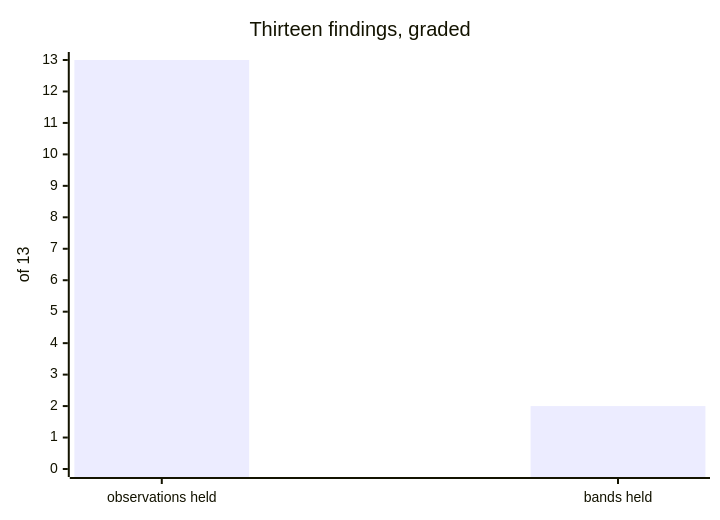
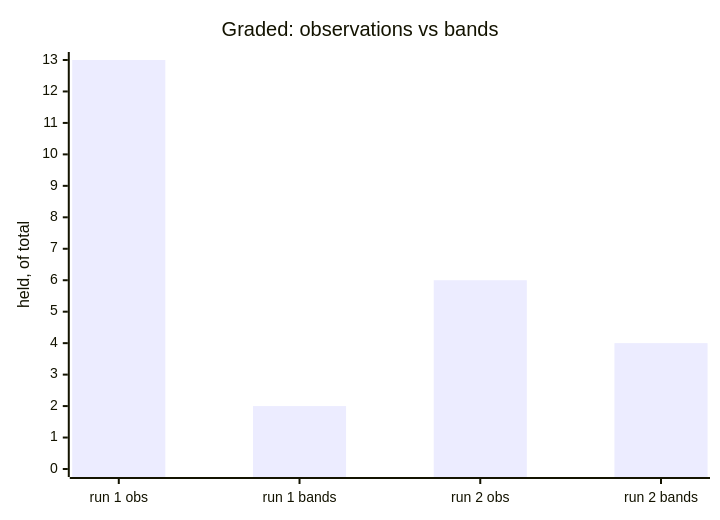
Before and after one commit to uchimata2/ecoctx: the second of 2 diagrams in README.md, drawn with Mermaid. The commit also changed other lines of this file, not shown here.

First line of the commit message:
Two runs are graded now, and the before-and-after exists (#65) (#66)

````diff
--- a/README.md
+++ b/README.md
@@ -46,7 +50,7 @@
 ```mermaid
 xychart-beta
-    title "Thirteen findings, graded"
-    x-axis ["observations held", "bands held"]
-    y-axis "of 13" 0 --> 13
-    bar [13, 2]
+    title "Graded: observations vs bands"
+    x-axis ["run 1 obs", "run 1 bands", "run 2 obs", "run 2 bands"]
+    y-axis "held, of total" 0 --> 13
+    bar [13, 2, 6, 4]
 ```
````
